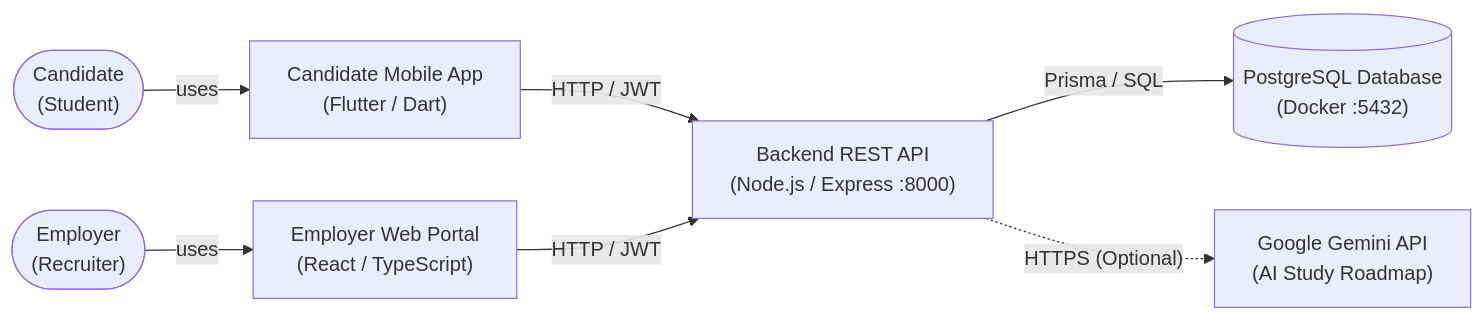
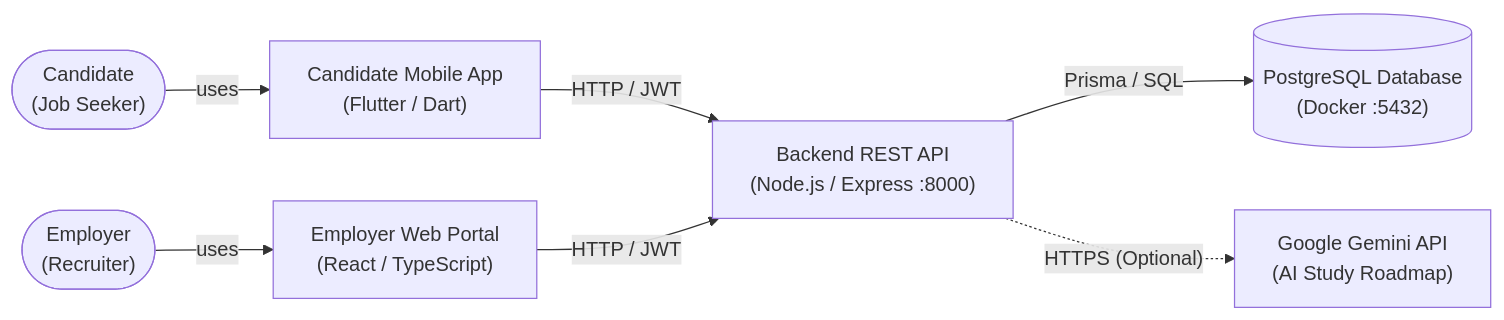
One commit to Suyheng0106/project-practicum-blueprint changed the diagram in context/phase-03/02_system_architecture_map.md. Above: the diagram before and after it, drawn with Mermaid. The commit also changed other lines of this file and 10 other files, not shown here.

Commit message:
rename project from SkillBridge to DevPath across documentation and architecture assets

````diff
--- a/context/phase-03/02_system_architecture_map.md
+++ b/context/phase-03/02_system_architecture_map.md
@@ -30,11 +30,11 @@
 ```mermaid
 flowchart LR
-    Candidate(["Candidate<br/>(Student)"]) -->|"uses"| Mobile["Candidate Mobile App<br/>(Flutter / Dart)"]
+    Candidate(["Candidate<br/>(Job Seeker)"]) -->|"uses"| Mobile["Candidate Mobile App<br/>(Flutter / Dart)"]
     Employer(["Employer<br/>(Recruiter)"]) -->|"uses"| Web["Employer Web Portal<br/>(React / TypeScript)"]
 
     Mobile -->|"HTTP / JWT"| API["Backend REST API<br/>(Node.js / Express :8000)"]
     Web -->|"HTTP / JWT"| API
 
     API -->|"Prisma / SQL"| DB[("PostgreSQL Database<br/>(Docker :5432)")]
     API -.->|"HTTPS (Optional)"| Gemini["Google Gemini API<br/>(AI Study Roadmap)"]
 ```
````
